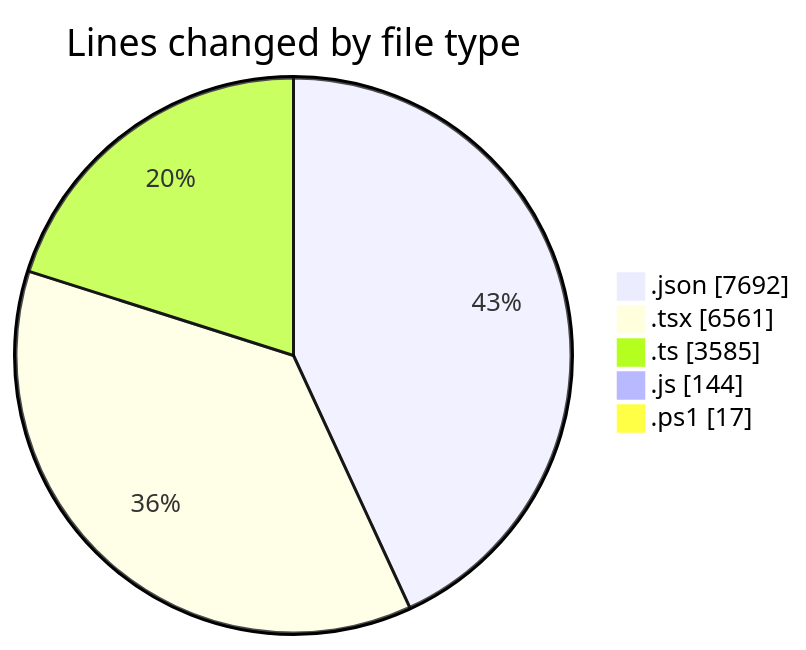
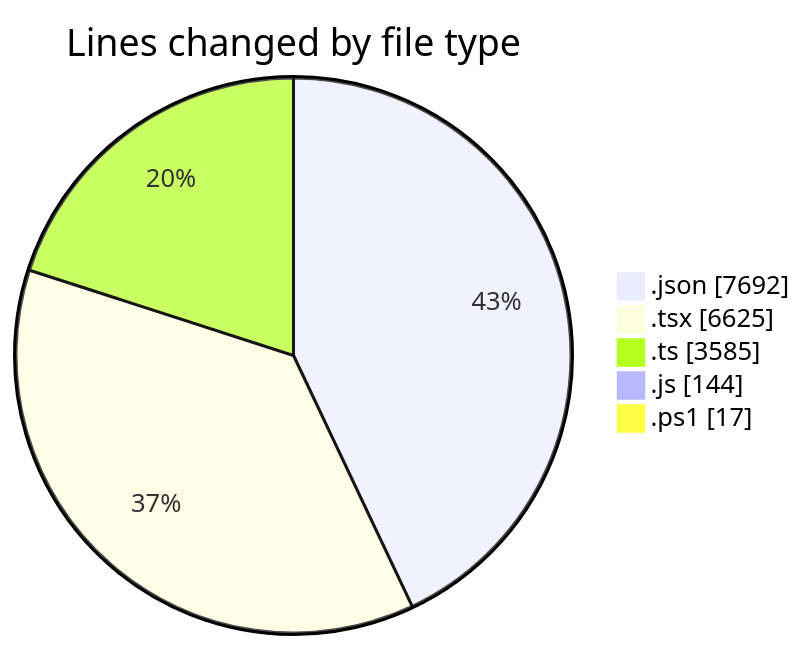
Before and after one commit to CELIANVF/code-tracking: the first of 2 diagrams in 2025-06-10/ecodeli-1/README.md, drawn with Mermaid. The commit also changed other lines of this file and 1 other file, not shown here.

````diff
--- a/2025-06-10/ecodeli-1/README.md
+++ b/2025-06-10/ecodeli-1/README.md
@@ -51,9 +52,9 @@
 ```mermaid
 pie showData
 title Lines changed by file type
 ".json" : 7692
-".tsx" : 6561
+".tsx" : 6625
 ".ts" : 3585
 ".js" : 144
 ".ps1" : 17
 ```
````
